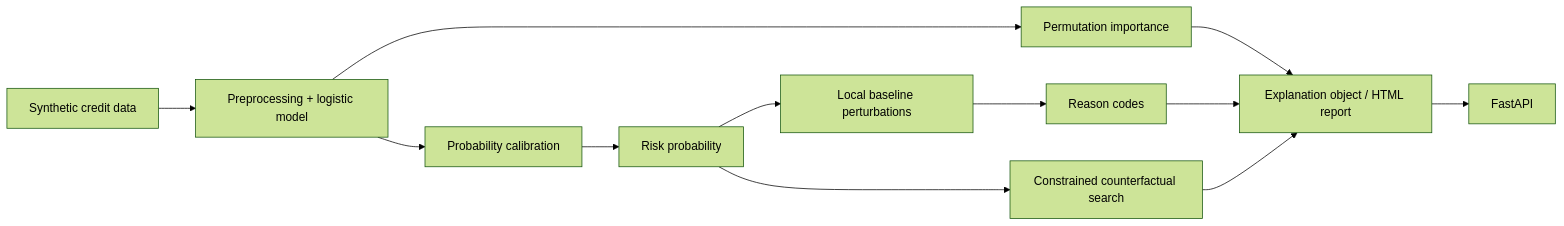
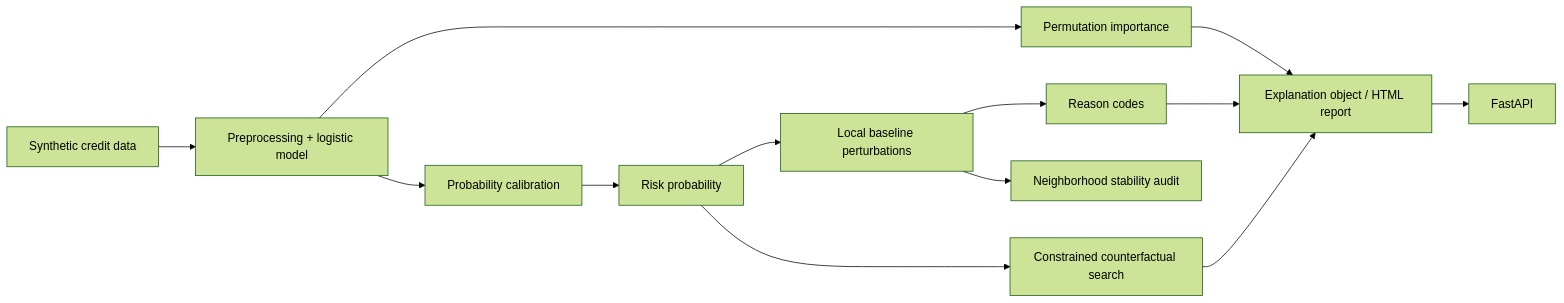
One commit to cagataykavas/credit-default-explainability changed the diagram in README.md. Above: the diagram before and after it, drawn with Mermaid (forest theme). The commit also changed other lines of this file, not shown here.

Commit message:
Document local explanation robustness audit

````diff
--- a/README.md
+++ b/README.md
@@ -9,14 +9,15 @@
 ```mermaid
 flowchart LR
     D[Synthetic credit data] --> M[Preprocessing + logistic model]
     M --> CAL[Probability calibration]
     CAL --> S[Risk probability]
     M --> G[Permutation importance]
     S --> L[Local baseline perturbations]
     L --> R[Reason codes]
+    L --> STAB[Neighborhood stability audit]
     S --> C[Constrained counterfactual search]
     G --> REP[Explanation object / HTML report]
     R --> REP
     C --> REP
     REP --> API[FastAPI]
 ```
````
